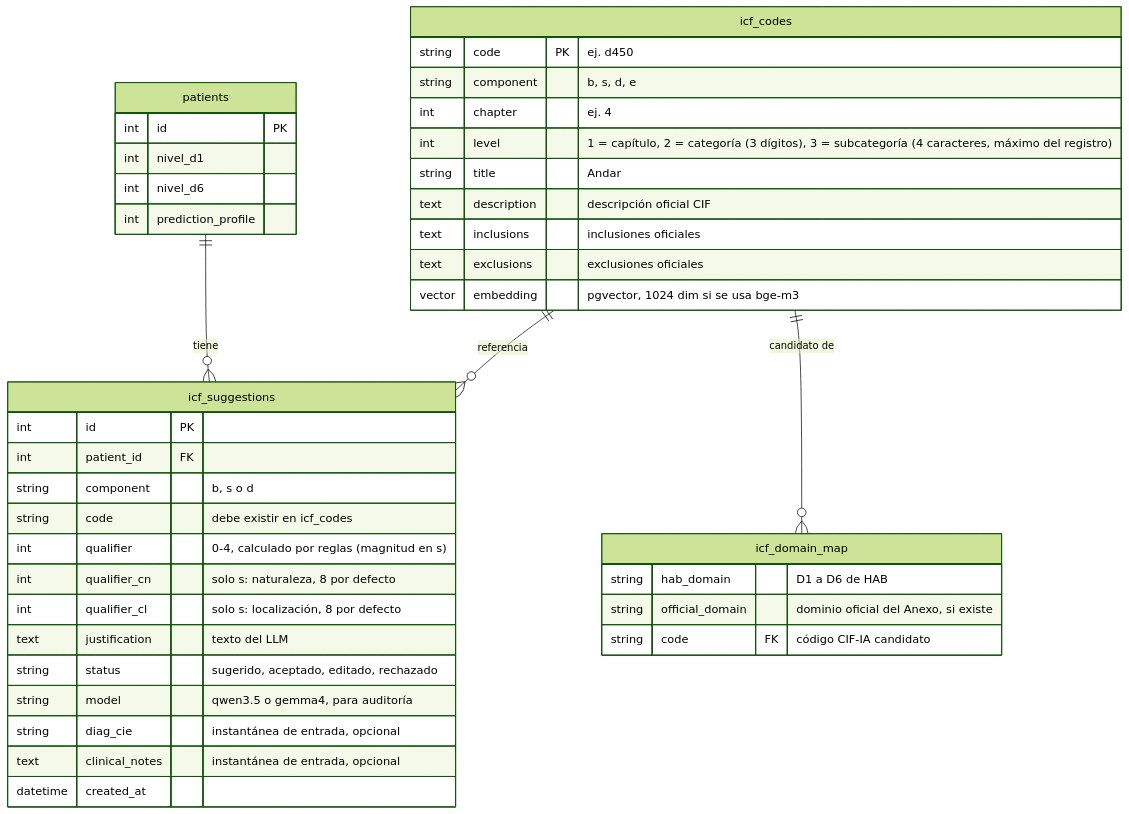
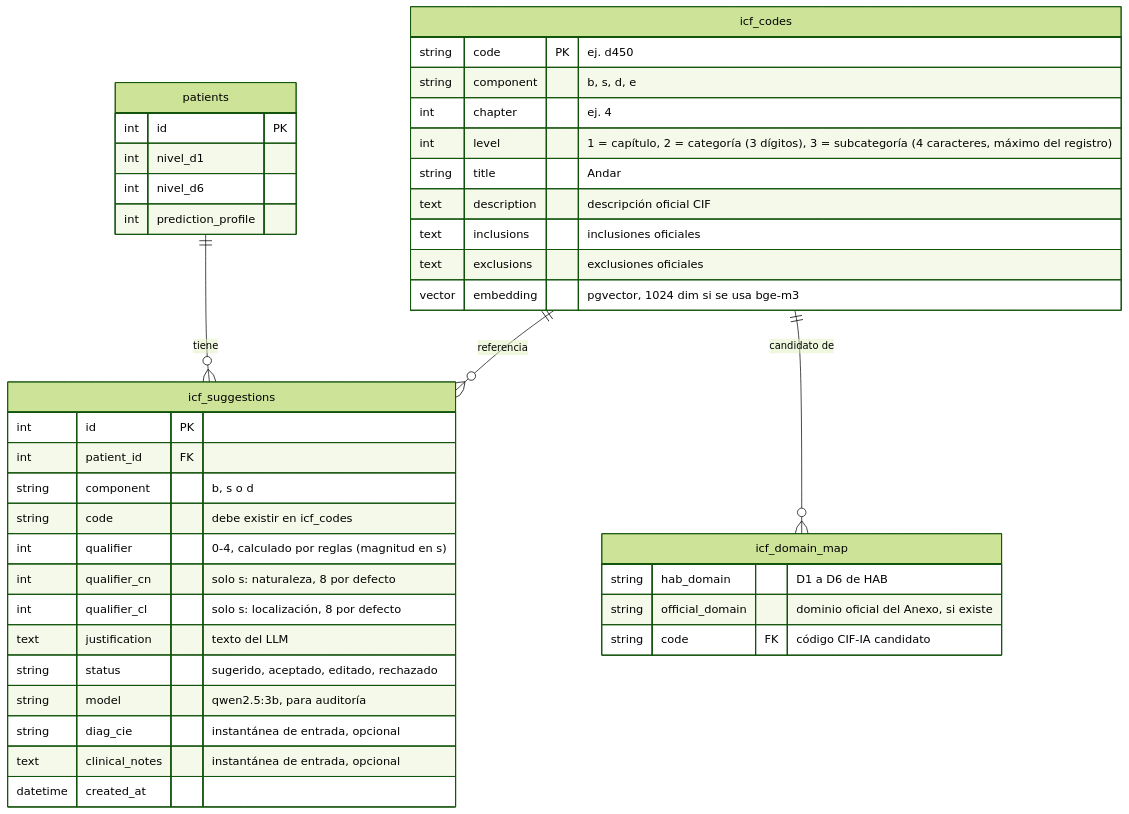
The third of 3 diagrams in docs/diagrams/rag-icf-postgresql.md (jaquimbayoc7/health-access-bridge), drawn with Mermaid (forest theme) before and after one commit. The commit also changed other lines of this file and 2 other files, not shown here.

Commit message:
docs: HU-07 usa solo qwen2.5:3b, se elimina la comparacion Qwen vs Gemma

````diff
--- a/docs/diagrams/rag-icf-postgresql.md
+++ b/docs/diagrams/rag-icf-postgresql.md
@@ -261,47 +261,47 @@
 ```mermaid
 erDiagram
     icf_codes {
         string code PK "ej. d450"
         string component "b, s, d, e"
         int chapter "ej. 4"
         int level "1 = capítulo, 2 = categoría (3 dígitos), 3 = subcategoría (4 caracteres, máximo del registro)"
         string title "Andar"
         text description "descripción oficial CIF"
         text inclusions "inclusiones oficiales"
         text exclusions "exclusiones oficiales"
         vector embedding "pgvector, 1024 dim si se usa bge-m3"
     }
 
     patients {
         int id PK
         int nivel_d1
         int nivel_d6
         int prediction_profile
     }
 
     icf_domain_map {
         string hab_domain "D1 a D6 de HAB"
         string official_domain "dominio oficial del Anexo, si existe"
         string code FK "código CIF-IA candidato"
     }
 
     icf_suggestions {
         int id PK
         int patient_id FK
         string component "b, s o d"
         string code "debe existir en icf_codes"
         int qualifier "0-4, calculado por reglas (magnitud en s)"
         int qualifier_cn "solo s: naturaleza, 8 por defecto"
         int qualifier_cl "solo s: localización, 8 por defecto"
         text justification "texto del LLM"
         string status "sugerido, aceptado, editado, rechazado"
-        string model "qwen3.5 o gemma4, para auditoría"
+        string model "qwen2.5:3b, para auditoría"
         string diag_cie "instantánea de entrada, opcional"
         text clinical_notes "instantánea de entrada, opcional"
         datetime created_at
     }
 
     patients ||--o{ icf_suggestions : "tiene"
     icf_codes ||--o{ icf_suggestions : "referencia"
     icf_codes ||--o{ icf_domain_map : "candidato de"
 ```
````
